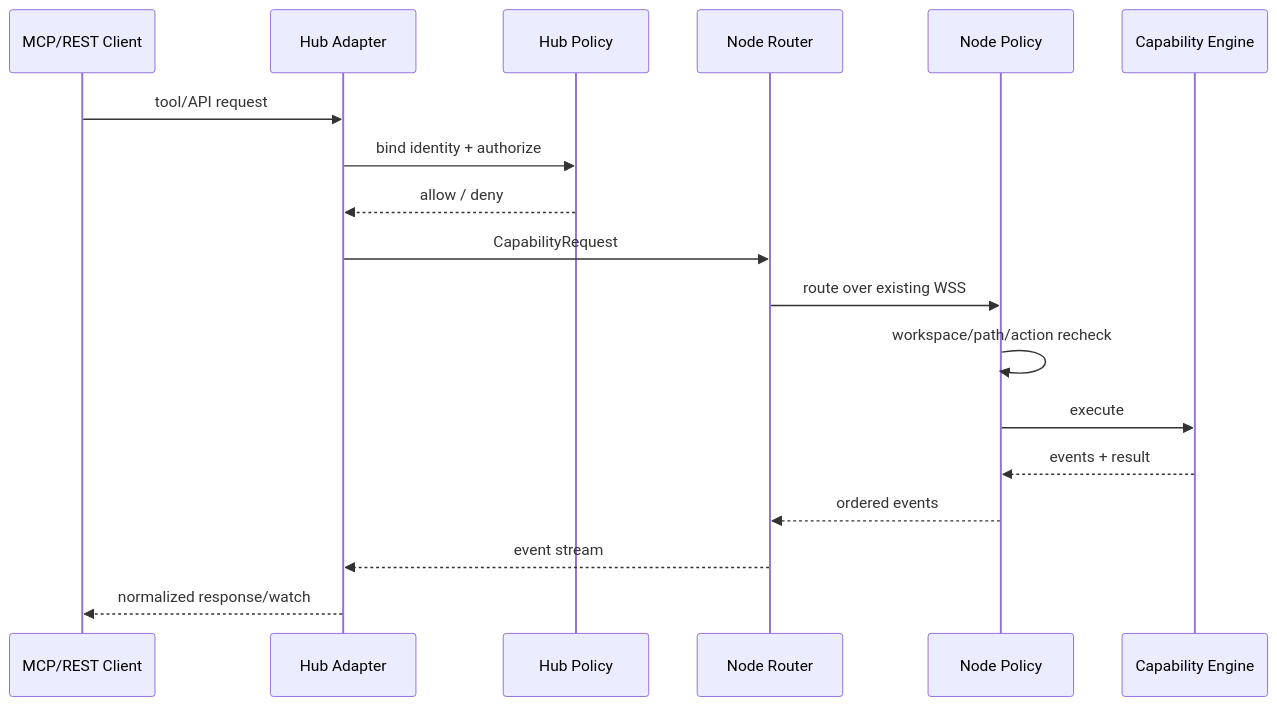
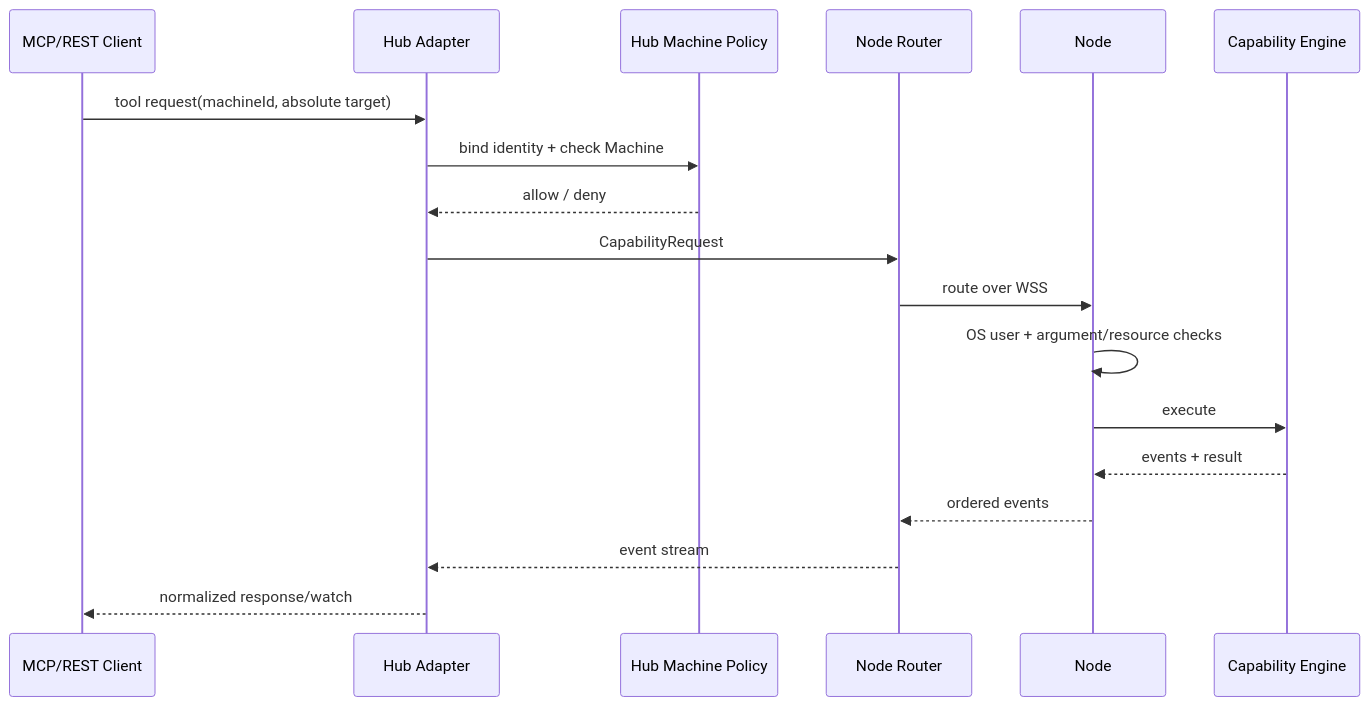
The second of 5 diagrams in docs/02-system-architecture.md (isguang2024/fast-spider), drawn with Mermaid before and after one commit. The commit also changed other lines of this file and 74 other files, not shown here.

Commit message:
feat: remove workspace boundary for personal node mode

````diff
--- a/docs/02-system-architecture.md
+++ b/docs/02-system-architecture.md
@@ -75,21 +73,21 @@
 ```mermaid
 sequenceDiagram
     participant C as MCP/REST Client
     participant H as Hub Adapter
-    participant P as Hub Policy
+    participant P as Hub Machine Policy
     participant R as Node Router
-    participant N as Node Policy
+    participant N as Node
     participant E as Capability Engine
 
-    C->>H: tool/API request
-    H->>P: bind identity + authorize
+    C->>H: tool request(machineId, absolute target)
+    H->>P: bind identity + check Machine
     P-->>H: allow / deny
     H->>R: CapabilityRequest
-    R->>N: route over existing WSS
-    N->>N: workspace/path/action recheck
+    R->>N: route over WSS
+    N->>N: OS user + argument/resource checks
     N->>E: execute
     E-->>N: events + result
     N-->>R: ordered events
     R-->>H: event stream
     H-->>C: normalized response/watch
 ```
````
